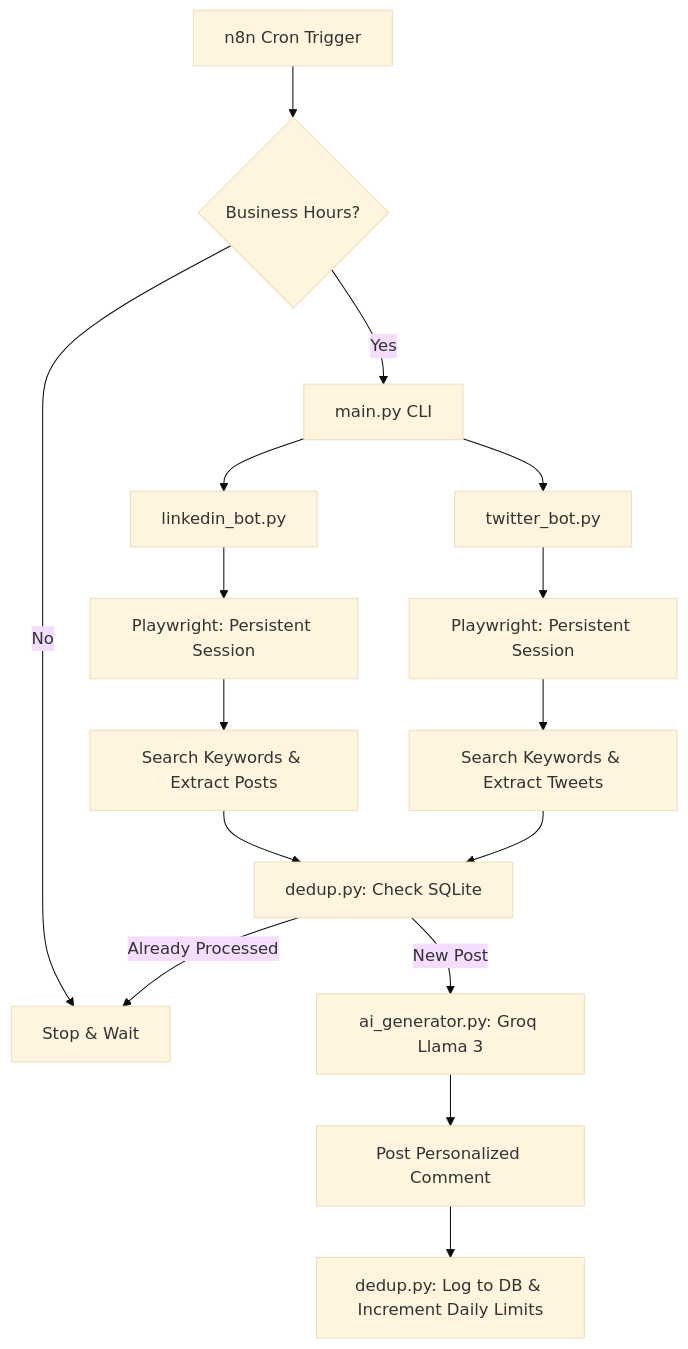
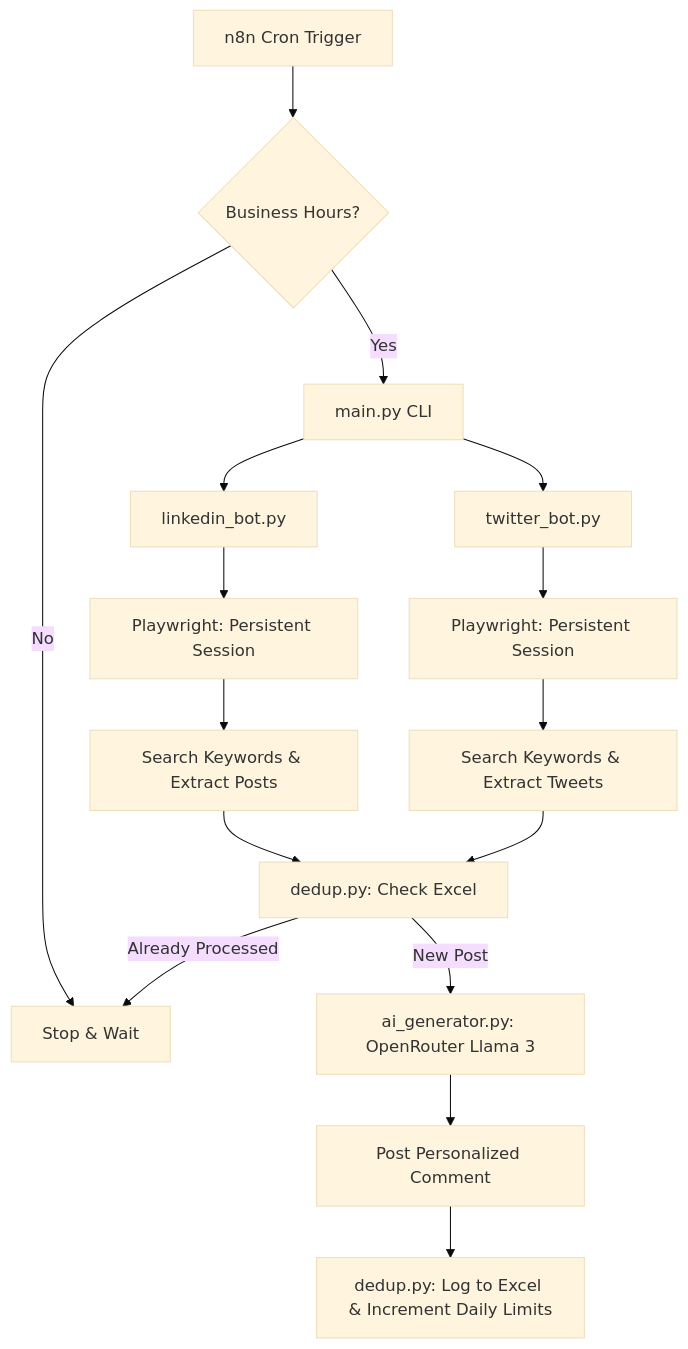
One commit to shivamrk022/Auto_Bidding_Bot changed the diagram in README.md. Above: the diagram before and after it, drawn with Mermaid (base theme). The commit also changed other lines of this file and 6 other files, not shown here.

Commit message:
feat: migrate to OpenRouter and Excel DB, fix Twitter login bypass

````diff
--- a/README.md
+++ b/README.md
@@ -27,24 +27,24 @@
 ```mermaid
 graph TD
     A[n8n Cron Trigger] --> B{Business Hours?}
     B -- Yes --> C[main.py CLI]
     B -- No --> Z[Stop & Wait]
     
     C --> D[linkedin_bot.py]
     C --> E[twitter_bot.py]
     
     D --> F[Playwright: Persistent Session]
     E --> G[Playwright: Persistent Session]
     
     F --> H[Search Keywords & Extract Posts]
     G --> I[Search Keywords & Extract Tweets]
     
-    H --> J[dedup.py: Check SQLite]
+    H --> J[dedup.py: Check Excel]
     I --> J
     
-    J -- New Post --> K[ai_generator.py: Groq Llama 3]
+    J -- New Post --> K[ai_generator.py: OpenRouter Llama 3]
     J -- Already Processed --> Z
     
     K --> L[Post Personalized Comment]
-    L --> M[dedup.py: Log to DB & Increment Daily Limits]
+    L --> M[dedup.py: Log to Excel & Increment Daily Limits]
 ```
````
